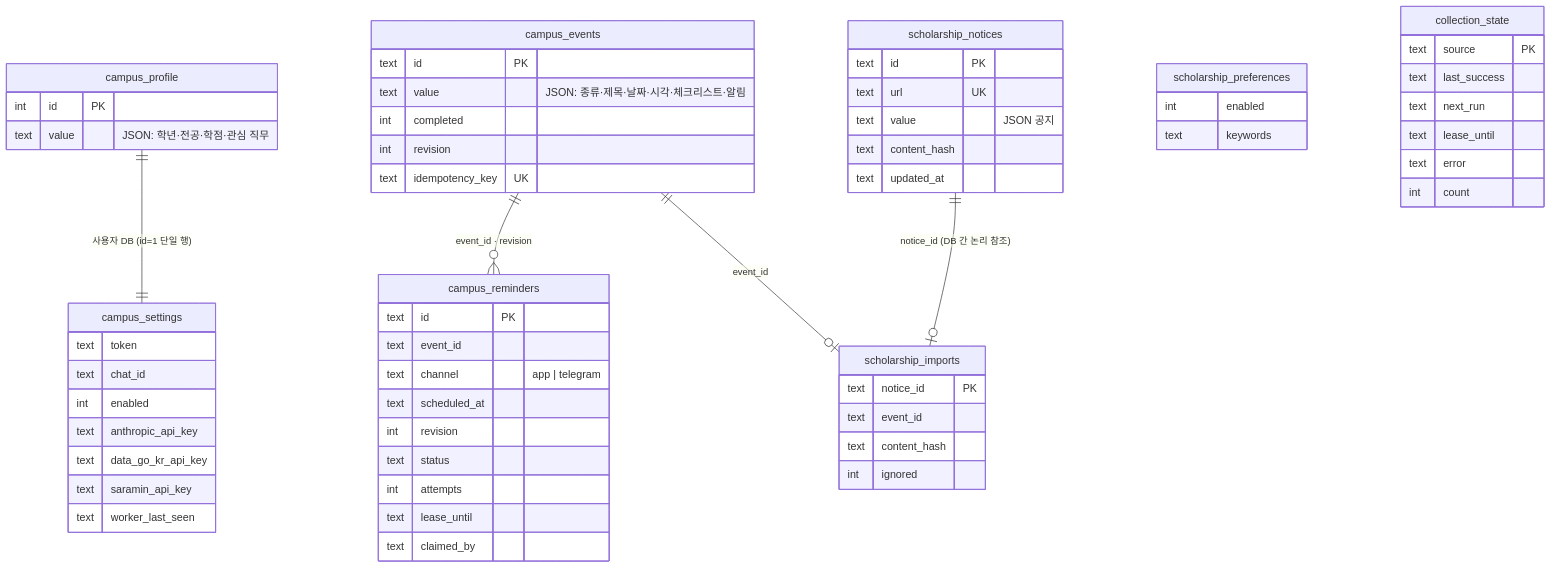
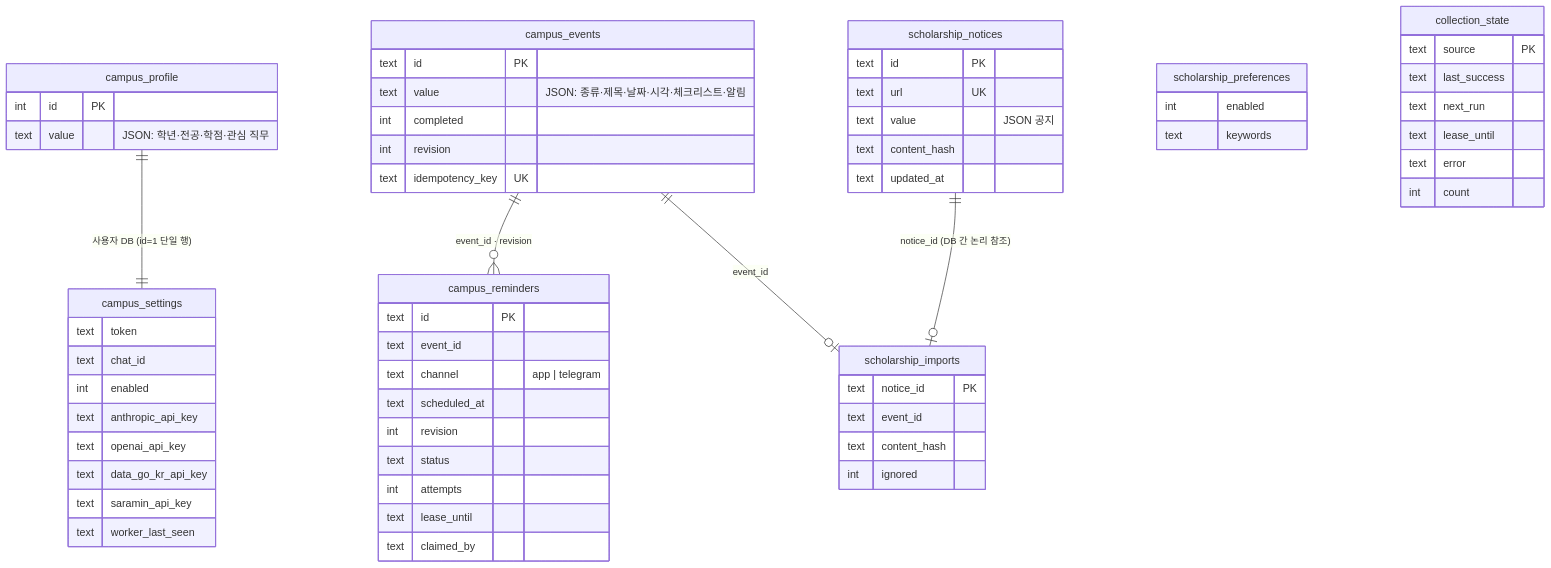
The second of 8 diagrams in docs/ARCHITECTURE.md (siu717/ai-builder), drawn with Mermaid before and after one commit. The commit also changed other lines of this file and 1 other file, not shown here.

````diff
--- a/docs/ARCHITECTURE.md
+++ b/docs/ARCHITECTURE.md
@@ -128,16 +129,16 @@
 ```mermaid
 erDiagram
   campus_profile ||--|| campus_settings : "사용자 DB (id=1 단일 행)"
   campus_events ||--o{ campus_reminders : "event_id · revision"
   campus_events ||--o| scholarship_imports : "event_id"
   scholarship_notices ||--o| scholarship_imports : "notice_id (DB 간 논리 참조)"
 
   campus_profile { int id PK  text value "JSON: 학년·전공·학점·관심 직무" }
-  campus_settings { text token  text chat_id  int enabled  text anthropic_api_key  text data_go_kr_api_key  text saramin_api_key  text worker_last_seen }
+  campus_settings { text token  text chat_id  int enabled  text anthropic_api_key  text openai_api_key  text data_go_kr_api_key  text saramin_api_key  text worker_last_seen }
   campus_events { text id PK  text value "JSON: 종류·제목·날짜·시각·체크리스트·알림"  int completed  int revision  text idempotency_key UK }
   campus_reminders { text id PK  text event_id  text channel "app | telegram"  text scheduled_at  int revision  text status  int attempts  text lease_until  text claimed_by }
   scholarship_preferences { int enabled  text keywords }
   scholarship_imports { text notice_id PK  text event_id  text content_hash  int ignored }
   scholarship_notices { text id PK  text url UK  text value "JSON 공지"  text content_hash  text updated_at }
   collection_state { text source PK  text last_success  text next_run  text lease_until  text error  int count }
 ```
````
